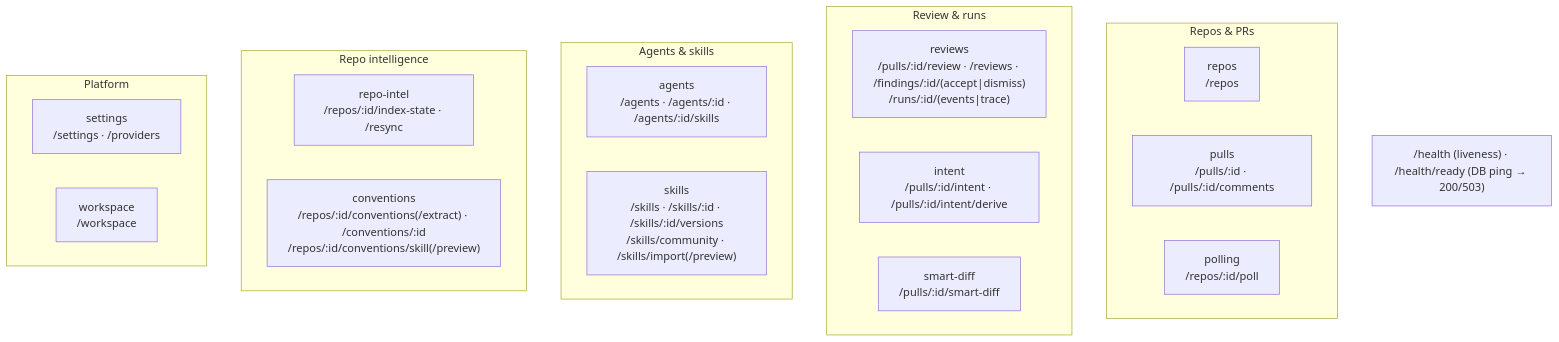
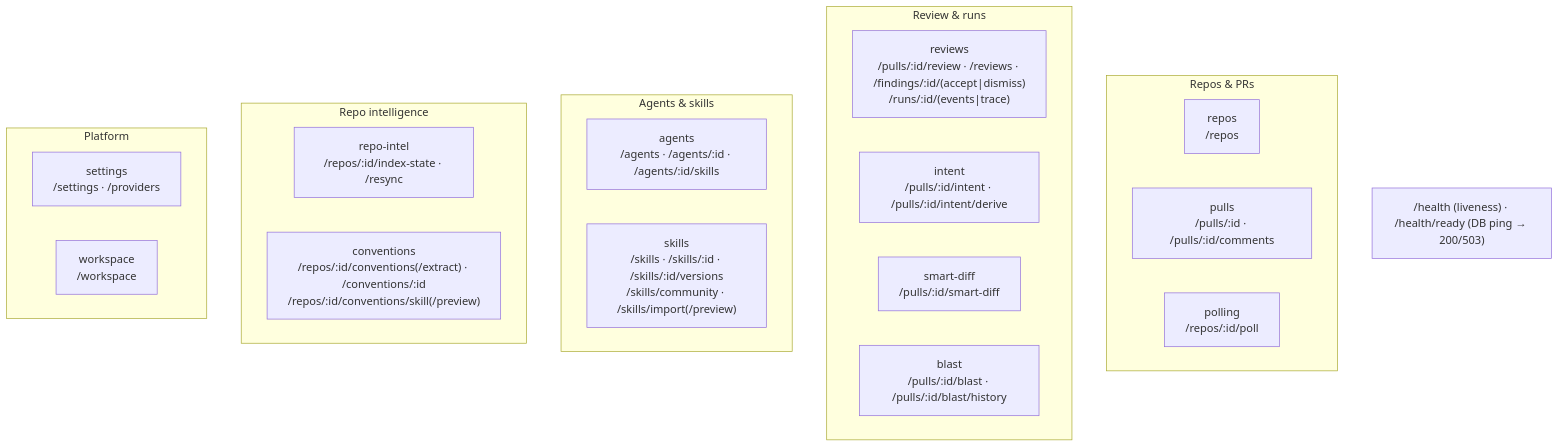
The second of 2 diagrams in server/README.md (vklyovsa/dev-digest), drawn with Mermaid before and after one commit. The commit also changed 63 other files, not shown here.

````diff
--- a/server/README.md
+++ b/server/README.md
@@ -64,26 +64,27 @@
 ```mermaid
 flowchart TB
   subgraph Repos_PRs["Repos & PRs"]
     repos["repos<br/>/repos"]
     pulls["pulls<br/>/pulls/:id · /pulls/:id/comments"]
     polling["polling<br/>/repos/:id/poll"]
   end
   subgraph Review["Review & runs"]
     reviews["reviews<br/>/pulls/:id/review · /reviews · /findings/:id/(accept|dismiss)<br/>/runs/:id/(events|trace)"]
     intent["intent<br/>/pulls/:id/intent · /pulls/:id/intent/derive"]
     smartDiff["smart-diff<br/>/pulls/:id/smart-diff"]
+    blast["blast<br/>/pulls/:id/blast · /pulls/:id/blast/history"]
   end
   subgraph Agents["Agents & skills"]
     agents["agents<br/>/agents · /agents/:id · /agents/:id/skills"]
     skills["skills<br/>/skills · /skills/:id · /skills/:id/versions<br/>/skills/community · /skills/import(/preview)"]
   end
   subgraph Intel["Repo intelligence"]
     repoIntel["repo-intel<br/>/repos/:id/index-state · /resync"]
     conventions["conventions<br/>/repos/:id/conventions(/extract) · /conventions/:id<br/>/repos/:id/conventions/skill(/preview)"]
   end
   subgraph Platform["Platform"]
     settings["settings<br/>/settings · /providers"]
     workspace["workspace<br/>/workspace"]
   end
   HEALTH["/health (liveness) · /health/ready (DB ping → 200/503)"]
 ```
````
